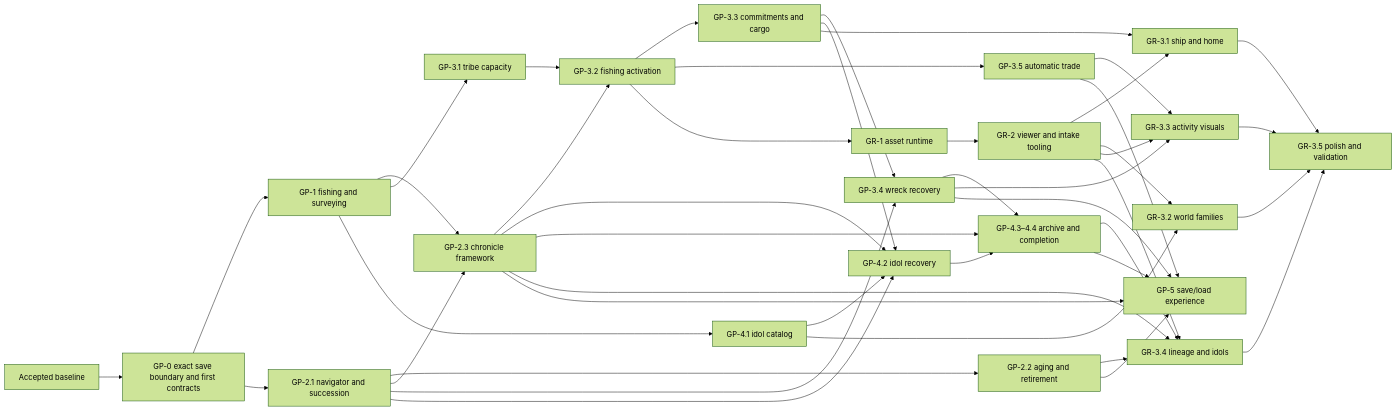
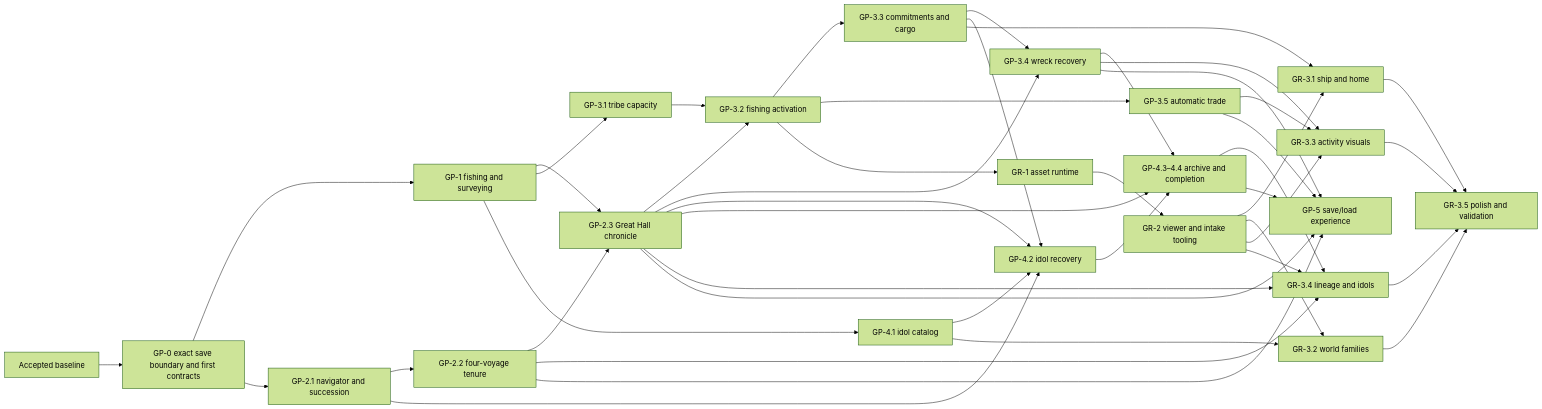
One commit to anthonyoconnor/wayfinders changed the diagram in docs/Wayfinders_Roadmap.md. Above: the diagram before and after it, drawn with Mermaid (forest theme). The commit also changed other lines of this file and 13 other files, not shown here.

Commit message:
Replace GP-2.2 retirement with four-voyage tenure

````diff
--- a/docs/Wayfinders_Roadmap.md
+++ b/docs/Wayfinders_Roadmap.md
@@ -725,46 +759,46 @@
 ```mermaid
 flowchart LR
     B["Accepted baseline"] --> GP0["GP-0 exact save boundary and first contracts"]
     GP0 --> GP1["GP-1 fishing and surveying"]
     GP0 --> GP21["GP-2.1 navigator and succession"]
-    GP21 --> GP22["GP-2.2 aging and retirement"]
-    GP1 --> GP23["GP-2.3 chronicle framework"]
-    GP21 --> GP23
+    GP21 --> GP22["GP-2.2 four-voyage tenure"]
+    GP1 --> GP23["GP-2.3 Great Hall chronicle"]
+    GP22 --> GP23
     GP1 --> GP31["GP-3.1 tribe capacity"]
     GP31 --> GP32["GP-3.2 fishing activation"]
     GP23 --> GP32
     GP32 --> GP33["GP-3.3 commitments and cargo"]
-    GP21 --> GP34["GP-3.4 wreck recovery"]
+    GP23 --> GP34["GP-3.4 wreck recovery"]
     GP33 --> GP34
     GP32 --> GP35["GP-3.5 automatic trade"]
     GP1 --> GP41["GP-4.1 idol catalog"]
     GP21 --> GP42["GP-4.2 idol recovery"]
     GP23 --> GP42
     GP33 --> GP42
     GP41 --> GP42
     GP23 --> GP43["GP-4.3–4.4 archive and completion"]
     GP42 --> GP43
     GP34 --> GP43
     GP32 --> GR1["GR-1 asset runtime"]
     GR1 --> GR2["GR-2 viewer and intake tooling"]
     GR2 --> GR31["GR-3.1 ship and home"]
     GP33 --> GR31
     GR2 --> GR32["GR-3.2 world families"]
     GP41 --> GR32
     GR2 --> GR33["GR-3.3 activity visuals"]
     GP34 --> GR33
     GP35 --> GR33
     GR2 --> GR34["GR-3.4 lineage and idols"]
     GP22 --> GR34
     GP23 --> GR34
     GP43 --> GR34
     GR31 --> GR35["GR-3.5 polish and validation"]
     GR32 --> GR35
     GR33 --> GR35
     GR34 --> GR35
     GP22 --> GP5["GP-5 save/load experience"]
     GP23 --> GP5
     GP34 --> GP5
     GP35 --> GP5
     GP43 --> GP5
 ```
````
